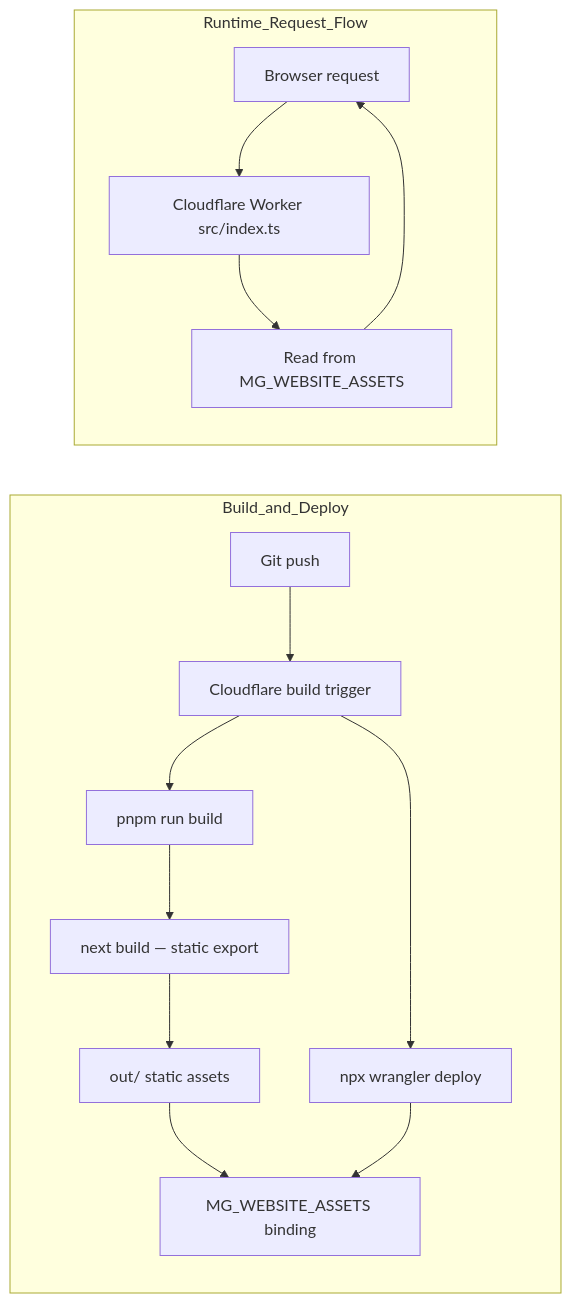
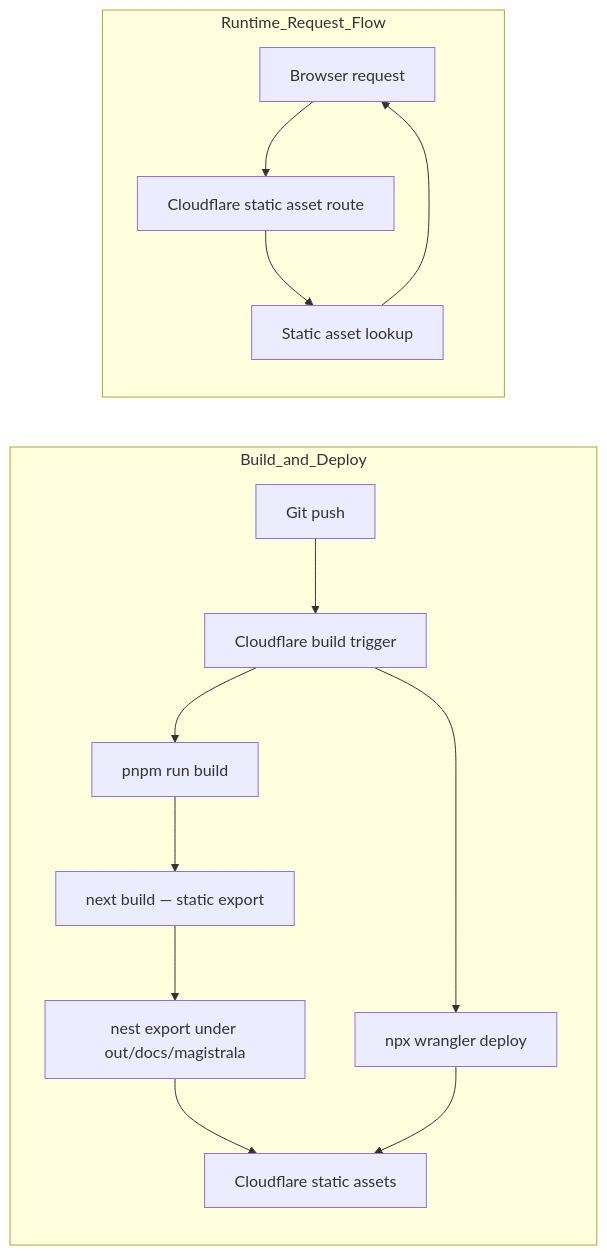
The diagram in README.md (absmach/magistrala-docs), drawn with Mermaid before and after one commit. The commit also changed other lines of this file and 6 other files, not shown here.

````diff
--- a/README.md
+++ b/README.md
@@ -34,18 +34,18 @@
 ```mermaid
 flowchart LR
   subgraph Build_and_Deploy
     A[Git push] --> B[Cloudflare build trigger]
     B --> C[pnpm run build]
     C --> D[next build — static export]
-    D --> E[out/ static assets]
+    D --> E[nest export under out/docs/magistrala]
     B --> F[npx wrangler deploy]
-    E --> G[MG_WEBSITE_ASSETS binding]
+    E --> G[Cloudflare static assets]
     F --> G
   end
 
   subgraph Runtime_Request_Flow
-    U[Browser request] --> H[Cloudflare Worker src/index.ts]
-    H --> J[Read from MG_WEBSITE_ASSETS]
+    U[Browser request] --> H[Cloudflare static asset route]
+    H --> J[Static asset lookup]
     J --> U
   end
 ```
````
